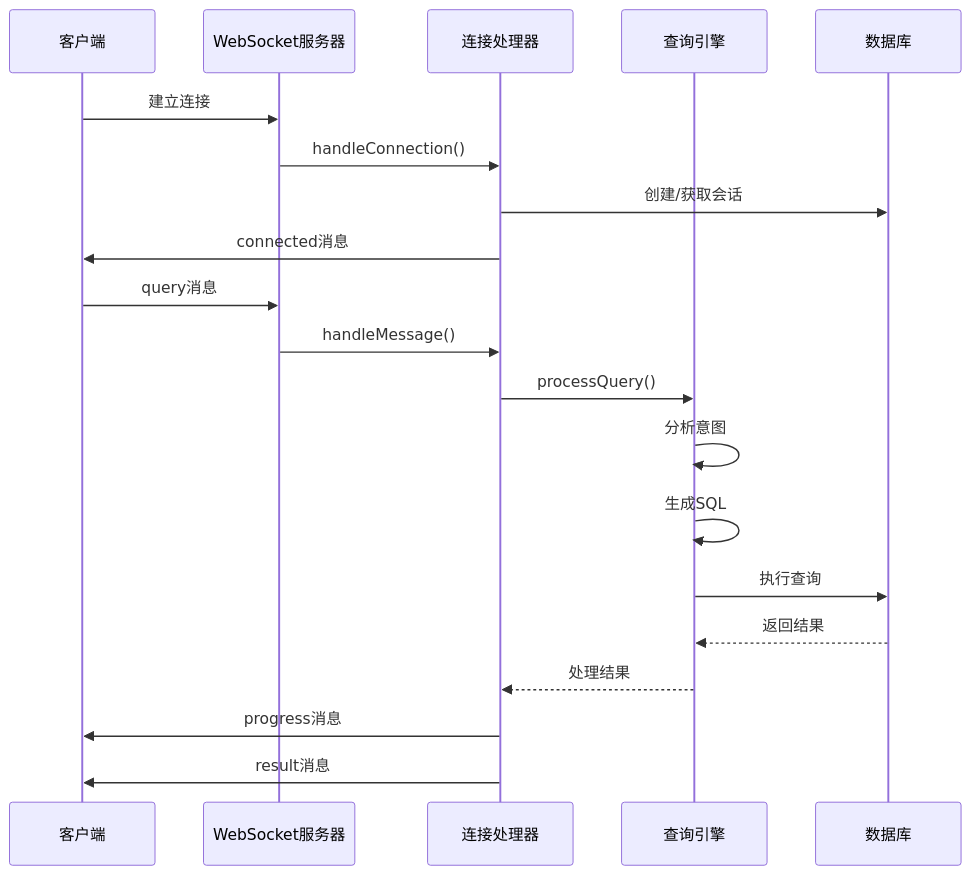
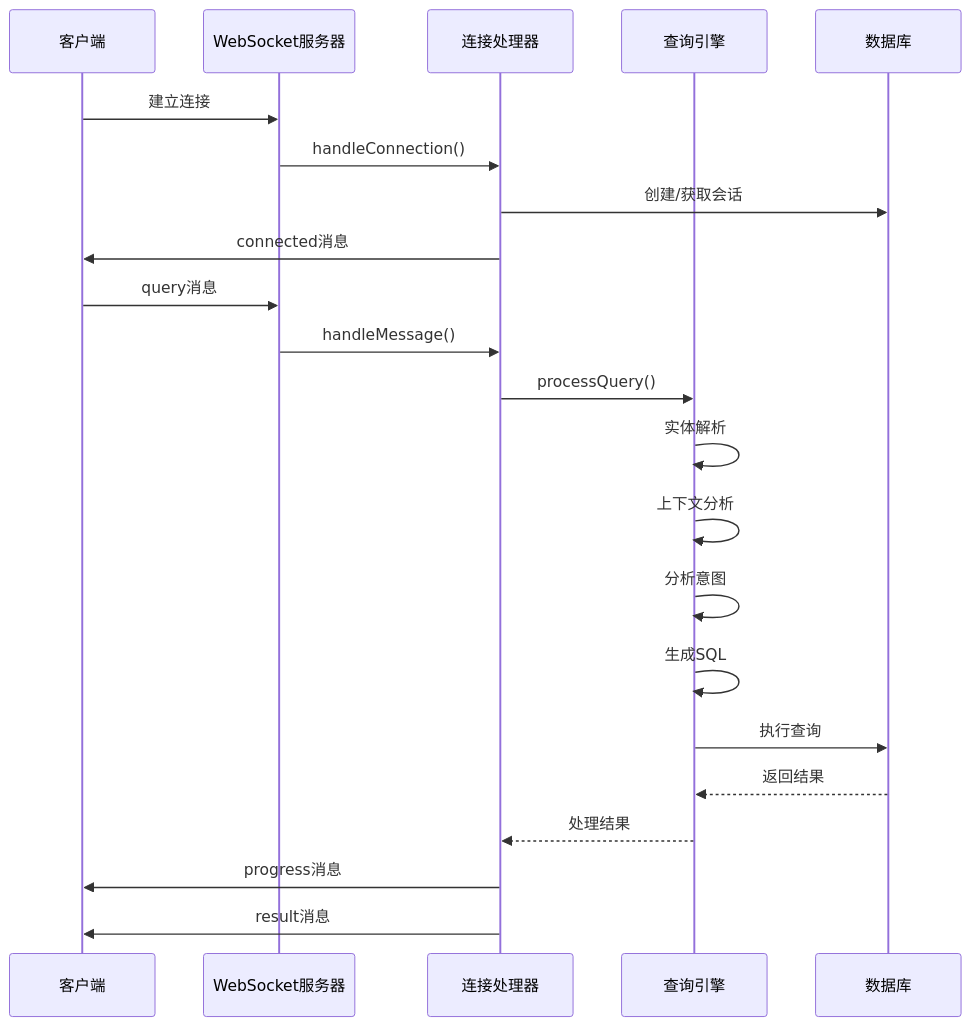
One commit to HanHuiOnLine/724-office changed the fourth of 9 diagrams in .qoder/repowiki/zh/content/API参考/NL2SQL API参考.md. Above: the diagram before and after it, drawn with Mermaid. The commit also changed other lines of this file and 14 other files, not shown here.

````diff
--- a/.qoder/repowiki/zh/content/API参考/NL2SQL API参考.md
+++ b/.qoder/repowiki/zh/content/API参考/NL2SQL API参考.md
@@ -203,22 +230,24 @@
 ```mermaid
 sequenceDiagram
 participant Client as 客户端
 participant WS as WebSocket服务器
 participant Handler as 连接处理器
 participant Engine as 查询引擎
 participant DB as 数据库
 Client->>WS : 建立连接
 WS->>Handler : handleConnection()
 Handler->>DB : 创建/获取会话
 Handler->>Client : connected消息
 Client->>WS : query消息
 WS->>Handler : handleMessage()
 Handler->>Engine : processQuery()
+Engine->>Engine : 实体解析
+Engine->>Engine : 上下文分析
 Engine->>Engine : 分析意图
 Engine->>Engine : 生成SQL
 Engine->>DB : 执行查询
 DB-->>Engine : 返回结果
 Engine-->>Handler : 处理结果
 Handler->>Client : progress消息
 Handler->>Client : result消息
 ```
````
